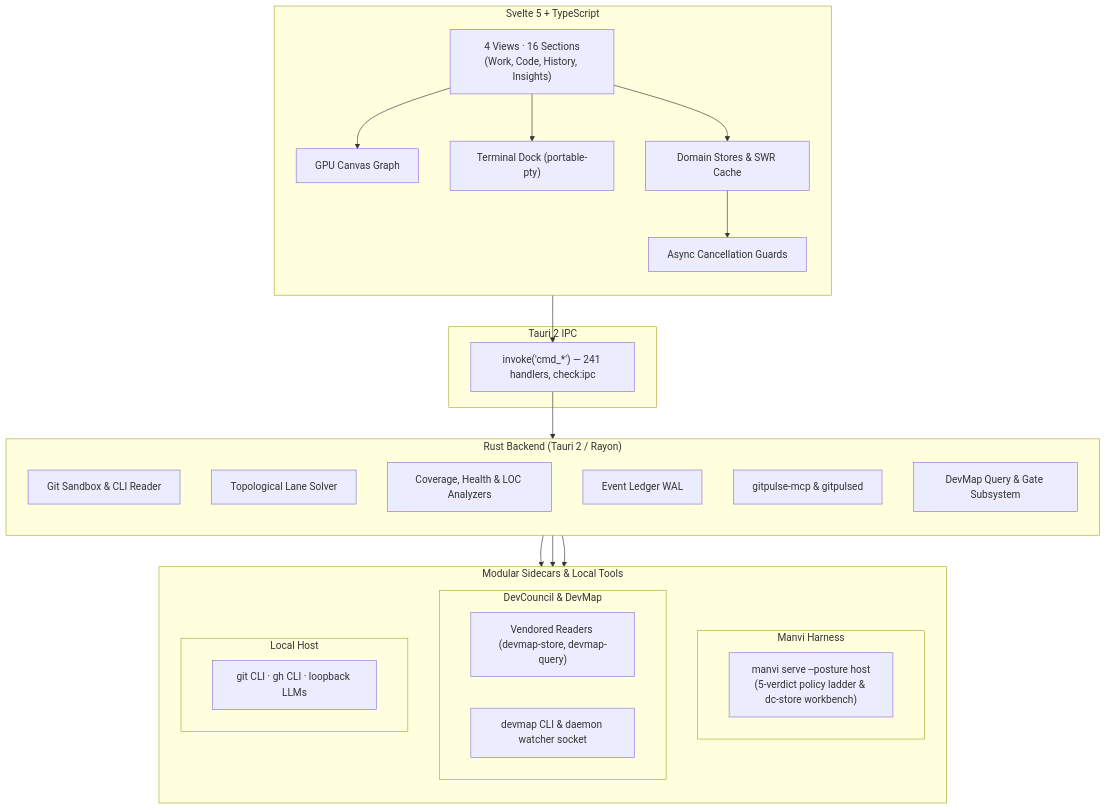
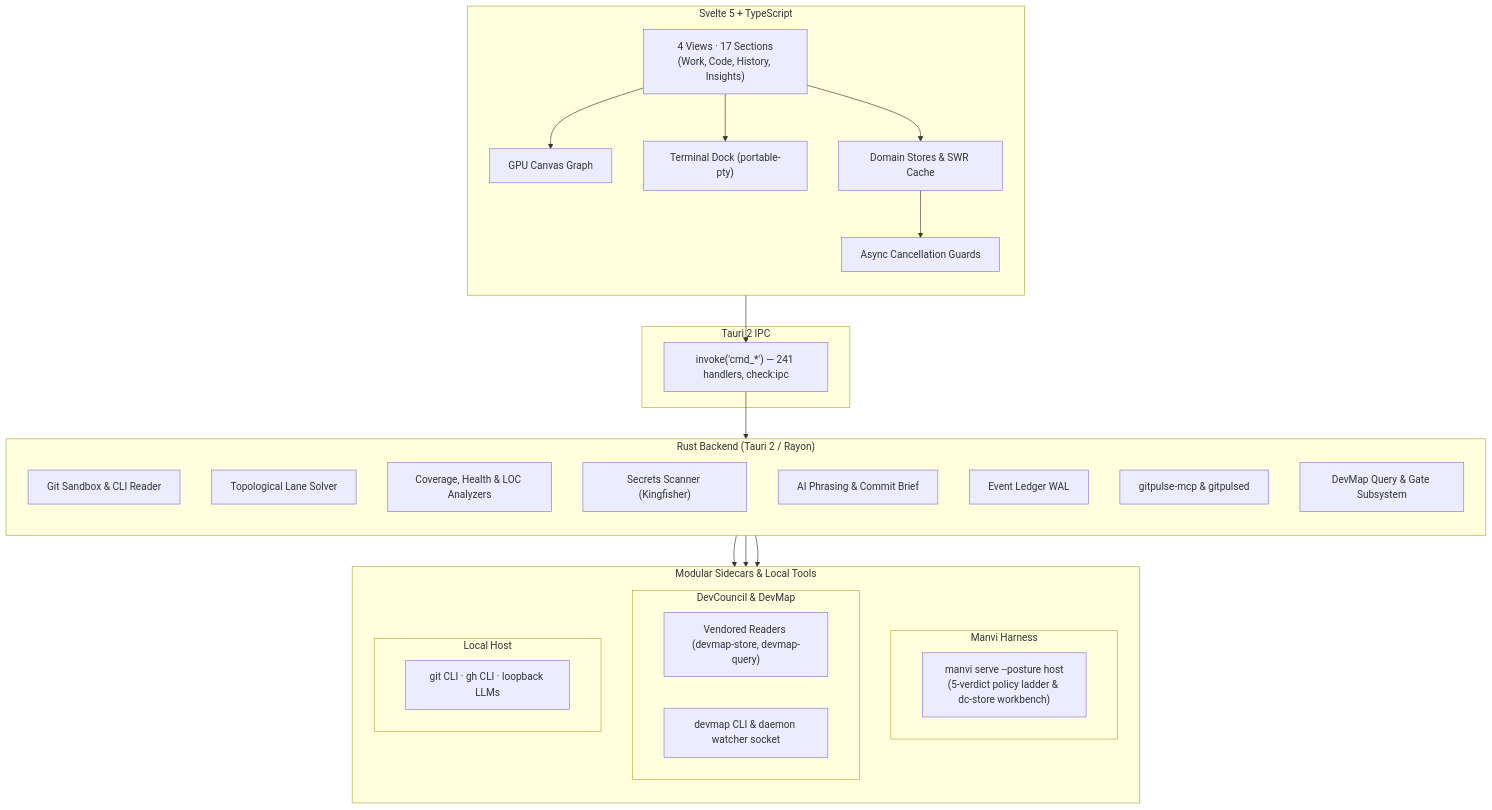
Before and after one commit to bharathvbcr/GitPulse: the first of 2 diagrams in wiki/Architecture.md, drawn with Mermaid. The commit also changed other lines of this file and 11 other files, not shown here.

Commit message:
docs: update feature catalog, architecture, security, and wiki for v1.3.5

````diff
--- a/wiki/Architecture.md
+++ b/wiki/Architecture.md
@@ -7,48 +7,50 @@
 ```mermaid
 flowchart TB
     subgraph Frontend["Svelte 5 + TypeScript"]
         direction TB
-        Views["4 Views · 16 Sections<br/>(Work, Code, History, Insights)"]
+        Views["4 Views · 17 Sections<br/>(Work, Code, History, Insights)"]
         Canvas["GPU Canvas Graph"]
         Dock["Terminal Dock (portable-pty)"]
         Stores["Domain Stores & SWR Cache"]
         Guards["Async Cancellation Guards"]
         Views --> Canvas
         Views --> Dock
         Views --> Stores --> Guards
     end
 
     subgraph IPC["Tauri 2 IPC"]
         Bridge["invoke('cmd_*') — 241 handlers, check:ipc"]
     end
 
     subgraph Backend["Rust Backend (Tauri 2 / Rayon)"]
         direction TB
         Git["Git Sandbox & CLI Reader"]
         Graph["Topological Lane Solver"]
         Analyzers["Coverage, Health & LOC Analyzers"]
+        Secrets["Secrets Scanner (Kingfisher)"]
+        AI["AI Phrasing & Commit Brief"]
         Ledger["Event Ledger WAL"]
         MCP["gitpulse-mcp & gitpulsed"]
         DevMapSubsys["DevMap Query & Gate Subsystem"]
     end
 
     subgraph Integrations["Modular Sidecars & Local Tools"]
         direction TB
         subgraph ManviBox["Manvi Harness"]
             Manvi["manvi serve --posture host<br/>(5-verdict policy ladder & dc-store workbench)"]
         end
         subgraph DevCouncilBox["DevCouncil & DevMap"]
             Vendored["Vendored Readers (devmap-store, devmap-query)"]
             DevMapCLI["devmap CLI & daemon watcher socket"]
         end
         subgraph LocalBox["Local Host"]
             LocalTools["git CLI · gh CLI · loopback LLMs"]
         end
     end
 
     Guards --> Bridge
     Bridge --> Backend
     Backend --> ManviBox
     Backend --> DevCouncilBox
     Backend --> LocalBox
 ```
````
